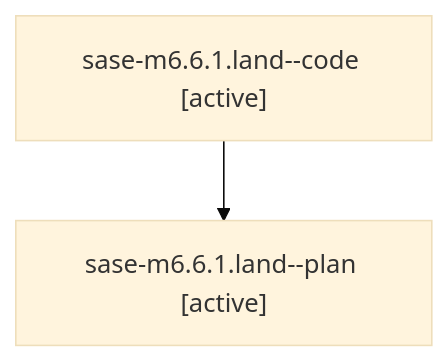
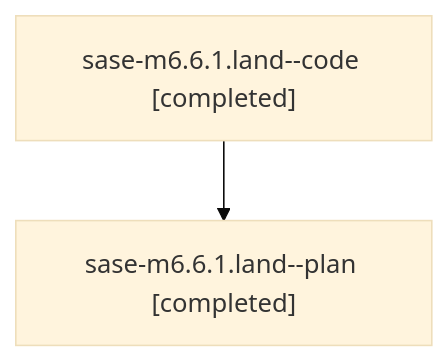
One commit to sase-org/sase--agents changed the diagram in families/bbugyi200.athena.sase-m6.6.1.land.md. Above: the diagram before and after it, drawn with Mermaid (base theme). The commit also changed other lines of this file and 139 other files, not shown here.

````diff
--- a/families/bbugyi200.athena.sase-m6.6.1.land.md
+++ b/families/bbugyi200.athena.sase-m6.6.1.land.md
@@ -9,6 +9,6 @@
 ```mermaid
 flowchart TD
-  n0["sase-m6.6.1.land--code [active]"]
-  n1["sase-m6.6.1.land--plan [active]"]
+  n0["sase-m6.6.1.land--code [completed]"]
+  n1["sase-m6.6.1.land--plan [completed]"]
   n0 --> n1
 ```
````
